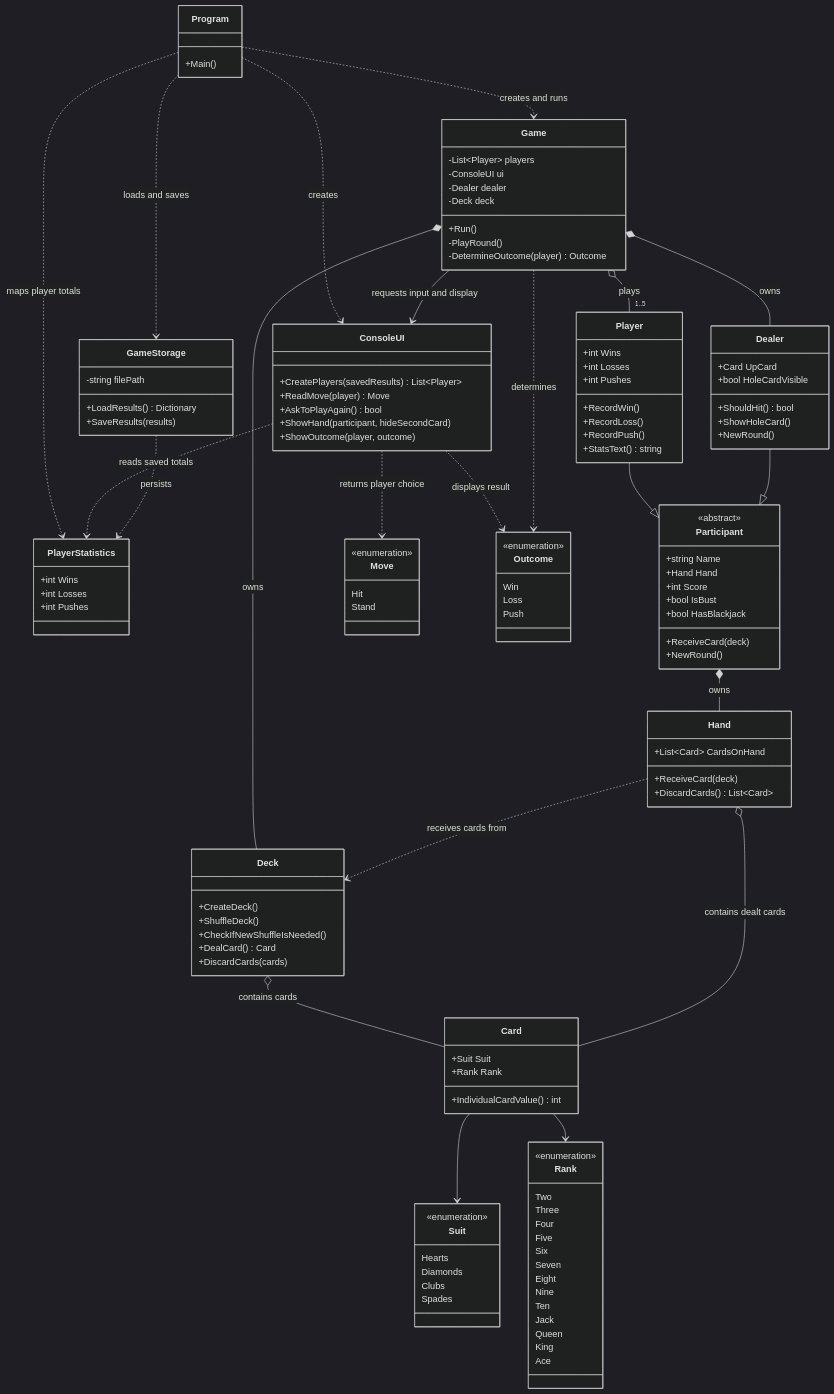
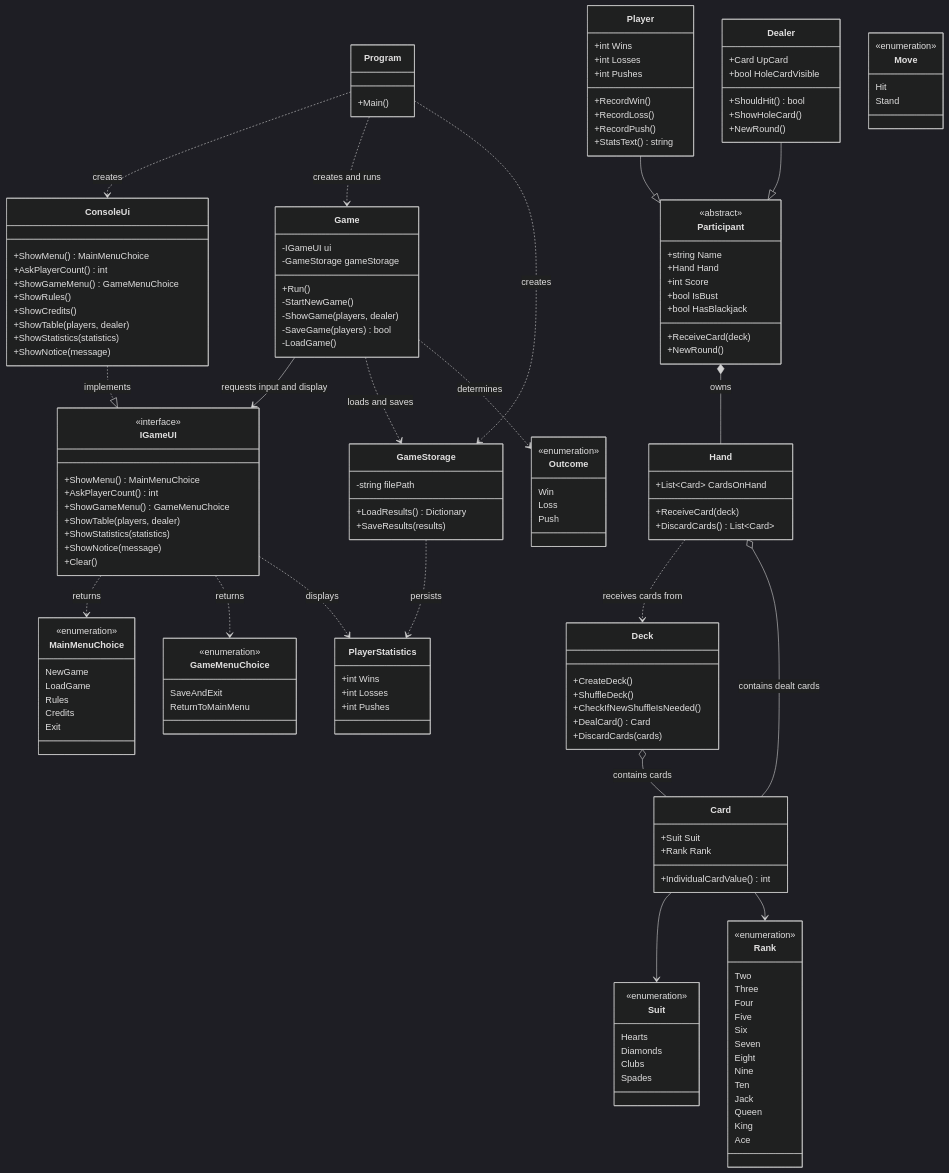
One commit to MalmoCodeLab/BlackJack-Console-Game changed the diagram in Uml.md. Above: the diagram before and after it, drawn with Mermaid (dark theme). The commit also changed other lines of this file and 7 other files, not shown here.

Commit message:
Game.cs no longer references ConsoleUi, Console, or Spectre.Console directly. Updated documentation.

```diff
--- a/Uml.md
+++ b/Uml.md
@@ -10,21 +10,34 @@
     class Program {
         +Main()
     }
-    class ConsoleUI {
-        +CreatePlayers(savedResults) List~Player~
-        +ReadMove(player) Move
-        +AskToPlayAgain() bool
-        +ShowHand(participant, hideSecondCard)
-        +ShowOutcome(player, outcome)
+    class IGameUI {
+        <<interface>>
+        +ShowMenu() MainMenuChoice
+        +AskPlayerCount() int
+        +ShowGameMenu() GameMenuChoice
+        +ShowTable(players, dealer)
+        +ShowStatistics(statistics)
+        +ShowNotice(message)
+        +Clear()
+    }
+    class ConsoleUi {
+        +ShowMenu() MainMenuChoice
+        +AskPlayerCount() int
+        +ShowGameMenu() GameMenuChoice
+        +ShowRules()
+        +ShowCredits()
+        +ShowTable(players, dealer)
+        +ShowStatistics(statistics)
+        +ShowNotice(message)
     }
     class Game {
-        -List~Player~ players
-        -ConsoleUI ui
-        -Dealer dealer
-        -Deck deck
+        -IGameUI ui
+        -GameStorage gameStorage
         +Run()
-        -PlayRound()
-        -DetermineOutcome(player) Outcome
+        -StartNewGame()
+        -ShowGame(players, dealer)
+        -SaveGame(players) bool
+        -LoadGame()
     }
     class GameStorage {
         -string filePath
@@ -113,18 +126,29 @@
         Loss
         Push
     }
+    class MainMenuChoice {
+        <<enumeration>>
+        NewGame
+        LoadGame
+        Rules
+        Credits
+        Exit
+    }
+    class GameMenuChoice {
+        <<enumeration>>
+        SaveAndExit
+        ReturnToMainMenu
+    }
 
-    Program ..> ConsoleUI : creates
+    Program ..> ConsoleUi : creates
     Program ..> Game : creates and runs
-    Program ..> GameStorage : loads and saves
-    Program ..> PlayerStatistics : maps player totals
-    ConsoleUI ..> PlayerStatistics : reads saved totals
-    ConsoleUI ..> Move : returns player choice
-    ConsoleUI ..> Outcome : displays result
-    Game --> ConsoleUI : requests input and display
-    Game o-- "1..5" Player : plays
-    Game *-- Dealer : owns
-    Game *-- Deck : owns
+    Program ..> GameStorage : creates
+    ConsoleUi ..|> IGameUI : implements
+    Game --> IGameUI : requests input and display
+    IGameUI ..> MainMenuChoice : returns
+    IGameUI ..> GameMenuChoice : returns
+    IGameUI ..> PlayerStatistics : displays
+    Game ..> GameStorage : loads and saves
     Player --|> Participant
     Dealer --|> Participant
     Participant *-- Hand : owns
```
